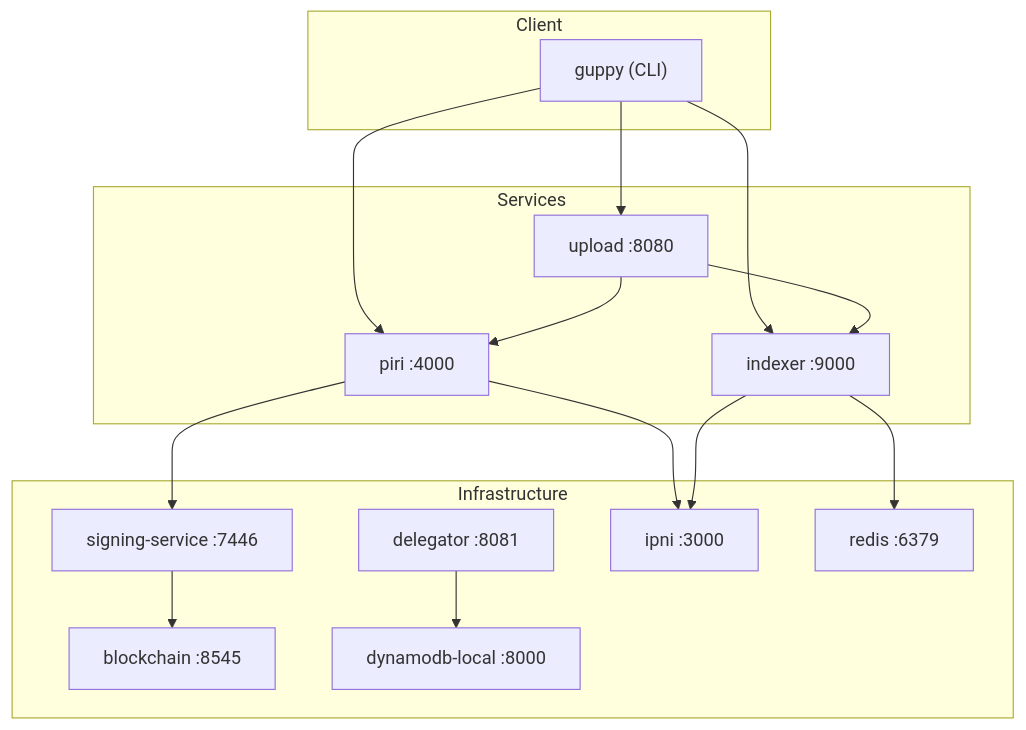
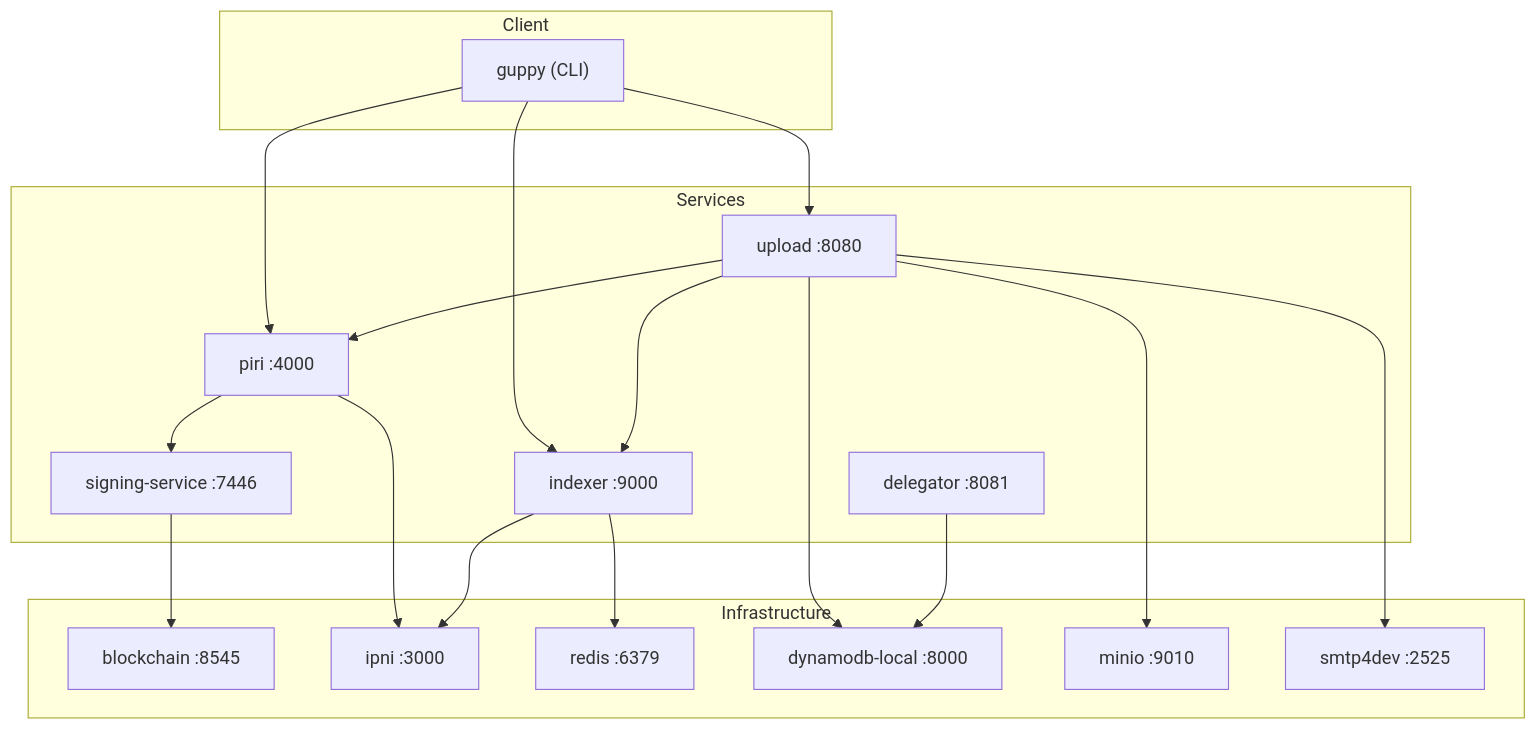
The diagram in smelt/README.md (fil-forge/forge), drawn with Mermaid before and after one commit. The commit also changed other lines of this file, not shown here.

Commit message:
docs: fix architecture diagram

````diff
--- a/smelt/README.md
+++ b/smelt/README.md
@@ -68,36 +70,41 @@
 ```mermaid
 flowchart TB
     subgraph Client
         guppy["guppy (CLI)"]
     end
 
     subgraph Services
         upload["upload :8080"]
         piri["piri :4000"]
         indexer["indexer :9000"]
+        signing["signing-service :7446"]
+        delegator["delegator :8081"]
     end
 
     subgraph Infrastructure
         blockchain["blockchain :8545"]
-        signing["signing-service :7446"]
-        delegator["delegator :8081"]
         ipni["ipni :3000"]
         redis["redis :6379"]
         dynamodb["dynamodb-local :8000"]
+        minio["minio :9010"]
+        email["smtp4dev :2525"]
     end
 
     guppy --> upload
     guppy --> piri
     guppy --> indexer
 
     upload --> piri
     upload --> indexer
+    upload --> minio
+    upload --> dynamodb
+    upload --> email
 
     piri --> signing
     piri --> ipni
     signing --> blockchain
 
     delegator --> dynamodb
     indexer --> redis
     indexer --> ipni
 ```
````
